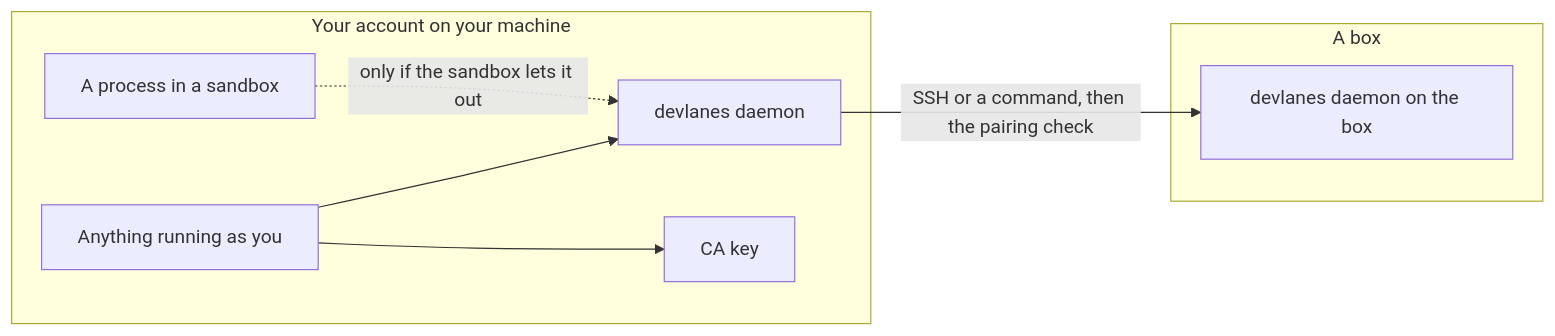
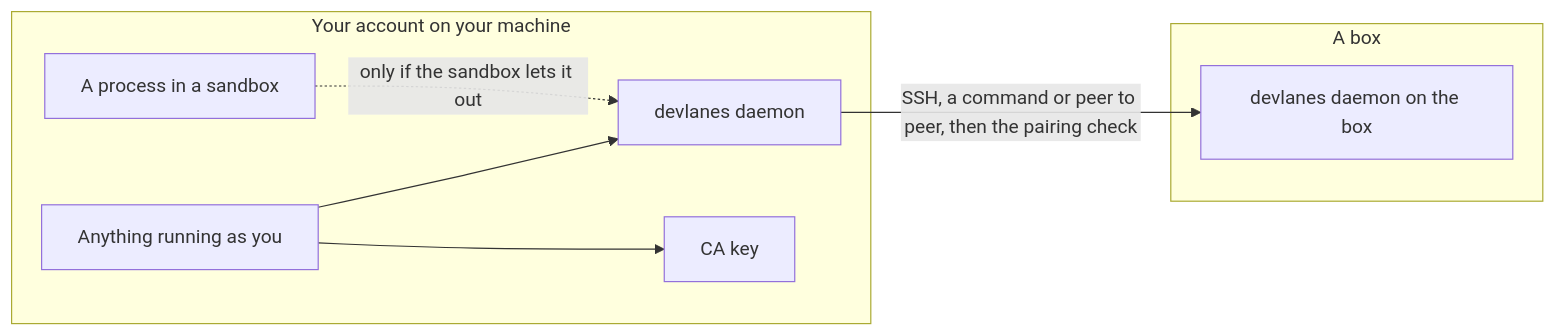
The diagram in docs/concepts/security.md (devlanes-run/devlanes), drawn with Mermaid before and after one commit. The commit also changed other lines of this file and 14 other files, not shown here.

````diff
--- a/docs/concepts/security.md
+++ b/docs/concepts/security.md
@@ -13,17 +13,17 @@
 ```mermaid
 flowchart LR
   accTitle: Processes running as you reach the daemon and the CA key, and the daemon reaches a box after the pairing check
   subgraph you["Your account on your machine"]
     procs["Anything running as you"]
     sandbox["A process in a sandbox"]
     daemon["devlanes daemon"]
     key["CA key"]
   end
   subgraph box["A box"]
     boxdaemon["devlanes daemon on the box"]
   end
   procs --> daemon
   procs --> key
   sandbox -. "only if the sandbox lets it out" .-> daemon
-  daemon -- "SSH or a command, then the pairing check" --> boxdaemon
+  daemon -- "SSH, a command or peer to peer, then the pairing check" --> boxdaemon
 ```
````
